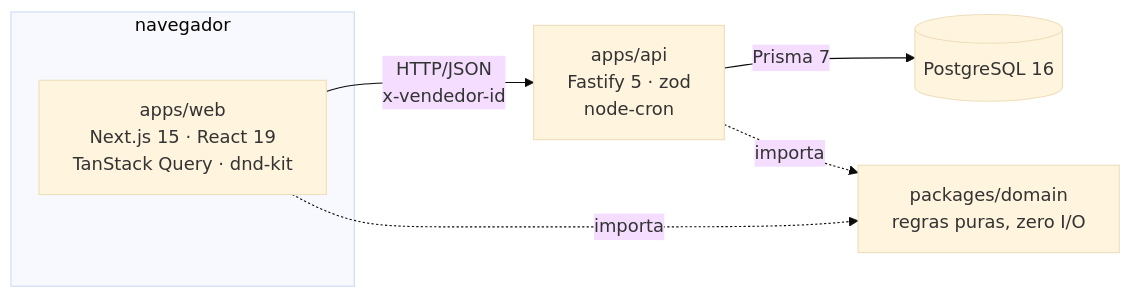
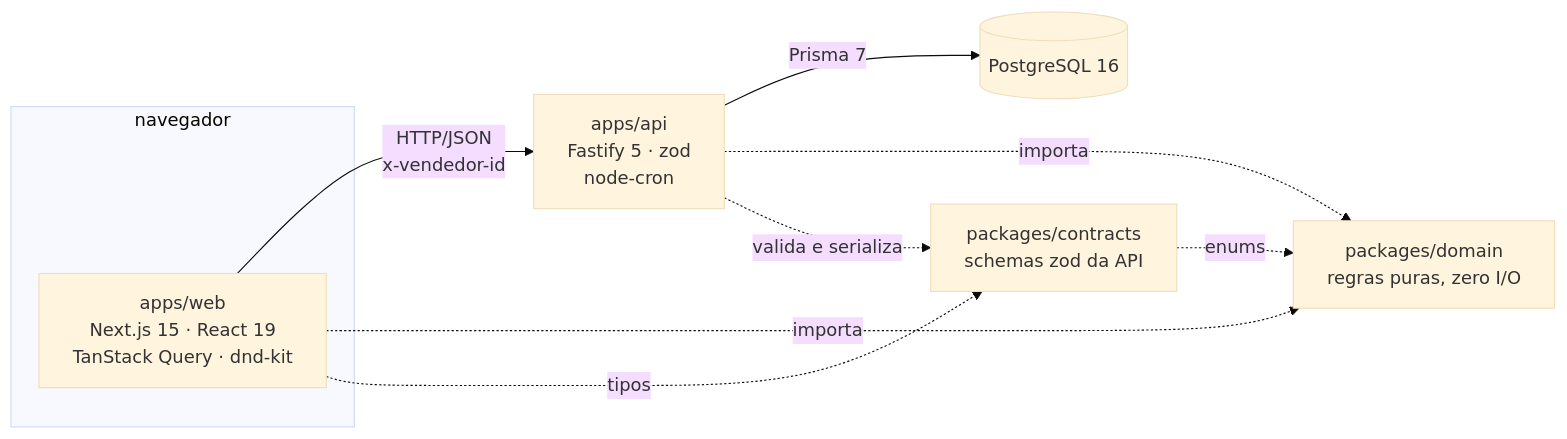
Before and after one commit to paulogarbo/nobre-crm: the diagram in README.md, drawn with Mermaid (base theme). The commit also changed other lines of this file and 28 other files, not shown here.

First line of the commit message:
refactor: DTOs da API vêm de um contrato compartilhado (packages/contracts)

````diff
--- a/README.md
+++ b/README.md
@@ -148,13 +148,17 @@
 ```mermaid
 flowchart LR
   subgraph navegador
     W["apps/web<br/>Next.js 15 · React 19<br/>TanStack Query · dnd-kit"]
   end
   A["apps/api<br/>Fastify 5 · zod<br/>node-cron"]
   P[("PostgreSQL 16")]
   D["packages/domain<br/>regras puras, zero I/O"]
+  C["packages/contracts<br/>schemas zod da API"]
   W -- "HTTP/JSON<br/>x-vendedor-id" --> A
   A -- Prisma 7 --> P
   W -. importa .-> D
   A -. importa .-> D
+  W -. tipos .-> C
+  A -. valida e serializa .-> C
+  C -. enums .-> D
 ```
````
